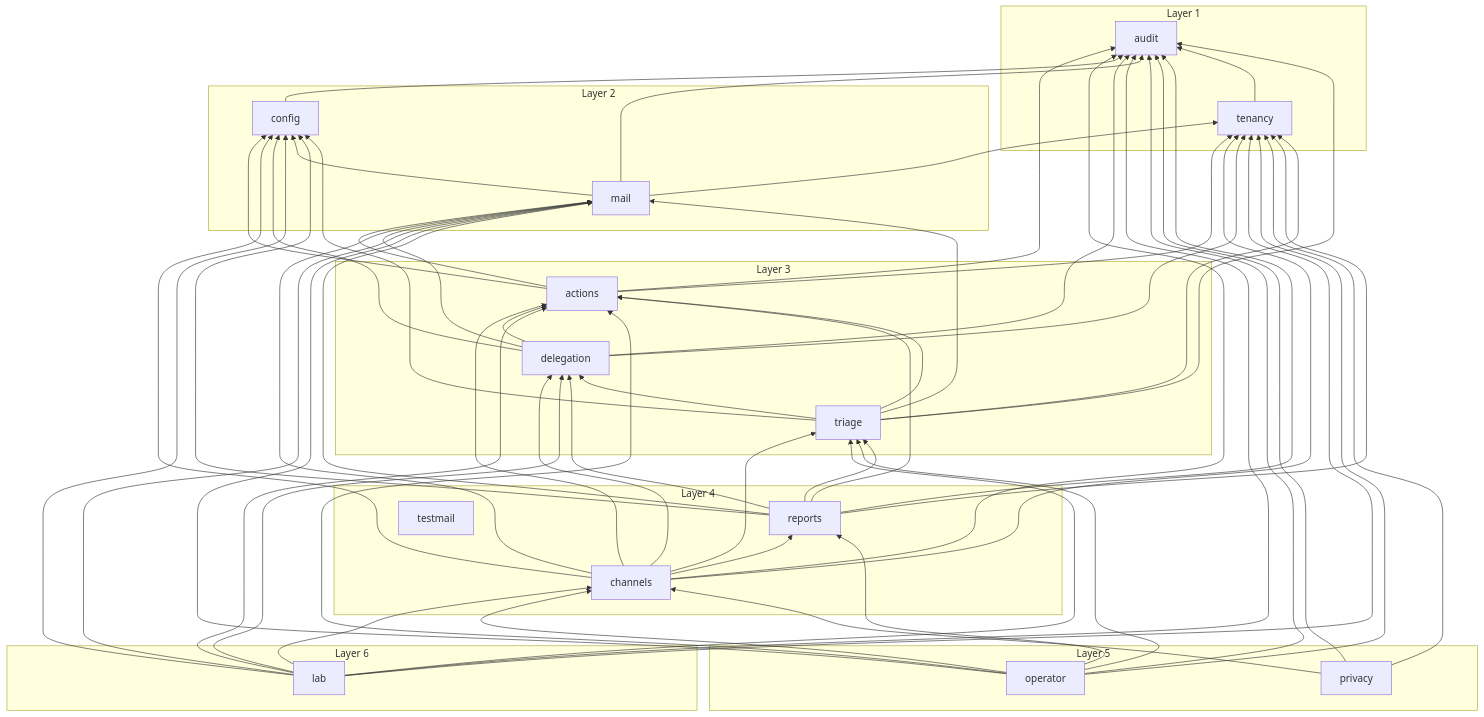
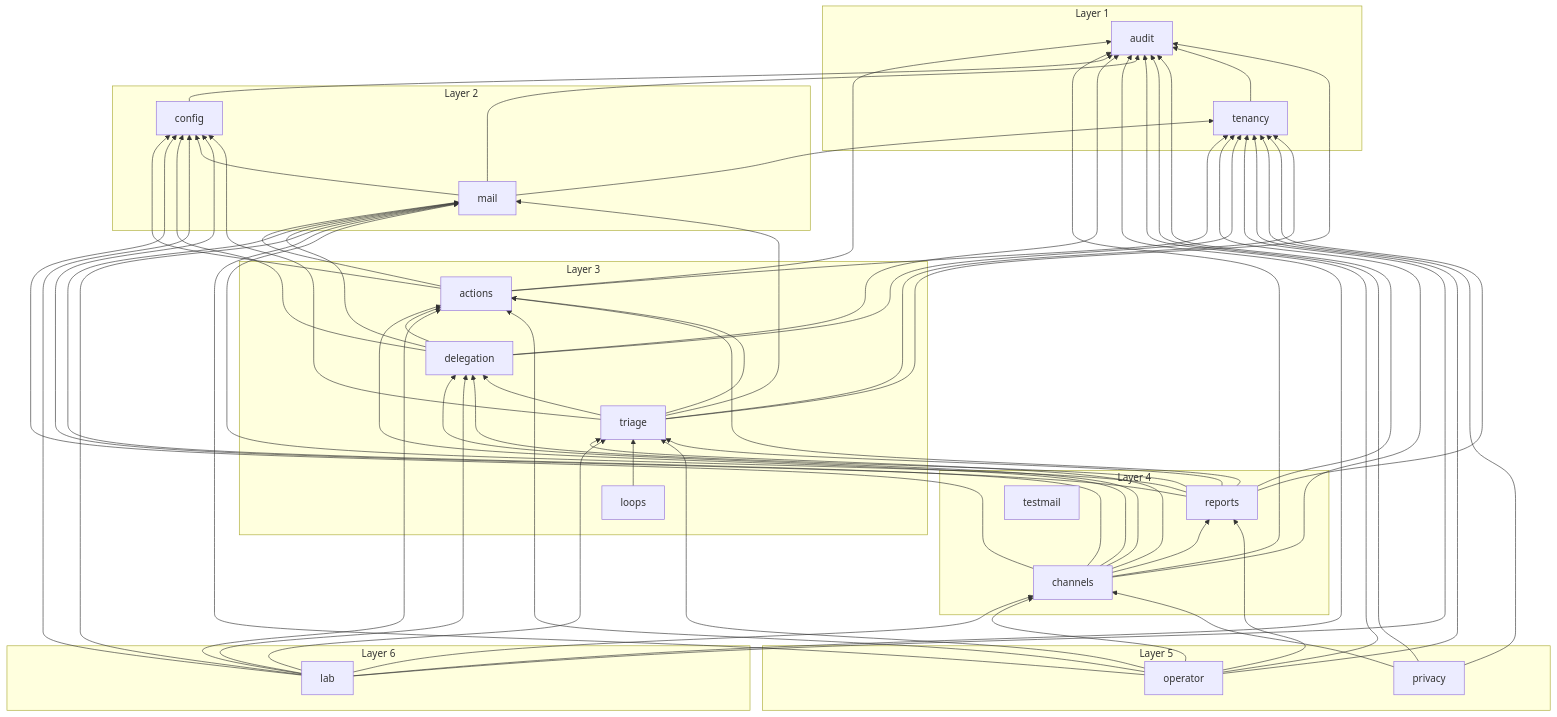
One commit to Artexs/email_assistant changed the diagram in docs/diagrams/module-graph.md. Above: the diagram before and after it, drawn with Mermaid. The commit also changed 13 other files, not shown here.

Commit message:
F116 s05: module loops, extractor schema, code filters and extractor-v1 prompt

```diff
--- a/docs/diagrams/module-graph.md
+++ b/docs/diagrams/module-graph.md
@@ -18,6 +18,7 @@
     triage
     actions
     delegation
+    loops
   end
   subgraph group4["Layer 4"]
     reports
@@ -57,6 +58,7 @@
   lab --> mail
   lab --> tenancy
   lab --> triage
+  loops --> triage
   mail --> audit
   mail --> config
   mail --> tenancy
```
